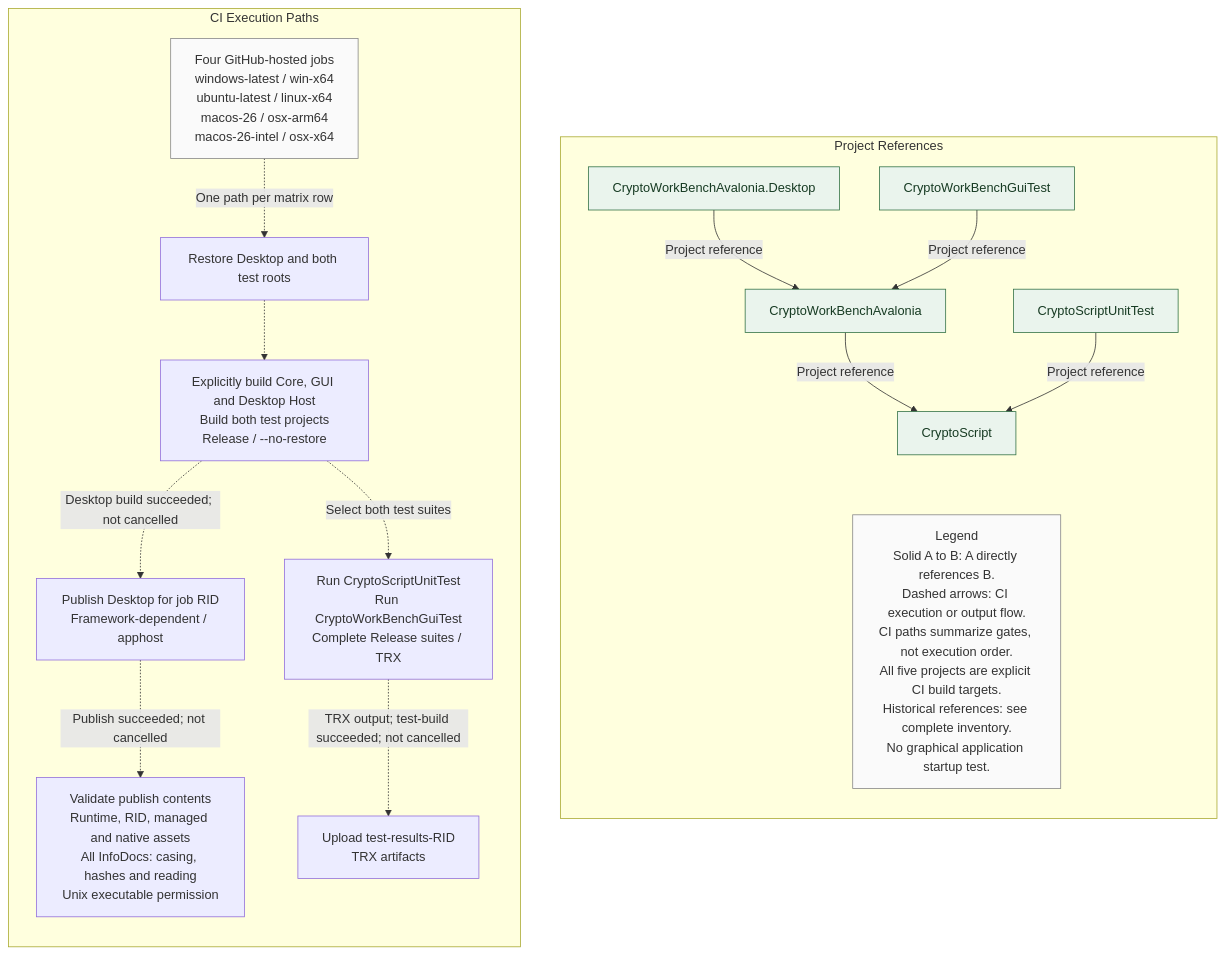
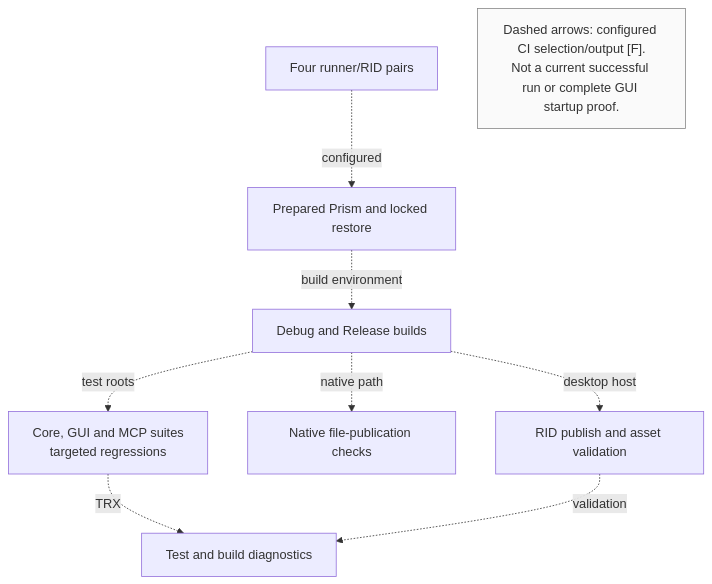
The diagram in docs/architecture/diagrams/03-build-and-test-dependency-coverage.mmd (tkbss/CryptoWorkBench), drawn with Mermaid before and after one commit. The commit also changed 57 other files, not shown here.

Commit message:
docs(architecture): reconcile bilingual architecture chapters 1-4

```diff
--- a/docs/architecture/diagrams/03-build-and-test-dependency-coverage.mmd
+++ b/docs/architecture/diagrams/03-build-and-test-dependency-coverage.mmd
@@ -1,44 +1,20 @@
-%% Diagram: D03-COVERAGE
-%% Baseline: efa81d6ca282ad7a2b8959d0f406f741c87006b0
-%% Evidence: ../evidence/03-project-structure-and-dependencies-baseline.md, C04, C09, C10 and D03-COVERAGE
-%% Scope authority: ../evidence/02-system-overview-baseline.md, O05
-%% Historical client and associated edges are omitted; Chapter 3 Section 3.4 preserves the complete graph.
-%% Solid arrows: direct ProjectReference; dashed arrows: CI execution/output flow.
-%% Invisible links position panels and legend only; they are not architectural relationships.
-flowchart LR
-    subgraph CI["CI Execution Paths"]
-        direction TB
-        Matrix["Four GitHub-hosted jobs<br/>windows-latest / win-x64<br/>ubuntu-latest / linux-x64<br/>macos-26 / osx-arm64<br/>macos-26-intel / osx-x64"]
-        Restore["Restore Desktop and both test roots"]
-        Build["Explicitly build Core, GUI and Desktop Host<br/>Build both test projects<br/>Release / --no-restore"]
-        Tests["Run CryptoScriptUnitTest<br/>Run CryptoWorkBenchGuiTest<br/>Complete Release suites / TRX"]
-        Publish["Publish Desktop for job RID<br/>Framework-dependent / apphost"]
-        Validate["Validate publish contents<br/>Runtime, RID, managed and native assets<br/>All InfoDocs: casing, hashes and reading<br/>Unix executable permission"]
-        Results["Upload test-results-RID<br/>TRX artifacts"]
-        Matrix -.->|One path per matrix row| Restore
-        Restore -.-> Build
-        Build -.->|Select both test suites| Tests
-        Build -.->|Desktop build succeeded; not cancelled| Publish
-        Publish -.->|Publish succeeded; not cancelled| Validate
-        Tests -.->|TRX output; test-build succeeded; not cancelled| Results
-    end
-
-    subgraph References["Project References"]
-        direction TB
-        Desktop["CryptoWorkBenchAvalonia.Desktop"]
-        Gui["CryptoWorkBenchAvalonia"]
-        Core["CryptoScript"]
-        Unit["CryptoScriptUnitTest"]
-        GuiTests["CryptoWorkBenchGuiTest"]
-        Desktop -->|Project reference| Gui
-        Gui -->|Project reference| Core
-        Unit -->|Project reference| Core
-        GuiTests -->|Project reference| Gui
-        Legend["Legend<br/>Solid A to B: A directly references B.<br/>Dashed arrows: CI execution or output flow.<br/>CI paths summarize gates, not execution order.<br/>All five projects are explicit CI build targets.<br/>Historical references: see complete inventory.<br/>No graphical application startup test."]
-        Core ~~~ Legend
-    end
-    CI ~~~ References
+%% AR-01; baseline fbbadae2f68b015ccedfea92ce8bba4cd7737ecb; evidence R01-R16
+%% Diagram identity 03-build-and-test-dependency-coverage.mmd
+flowchart TB
+    CI["Four runner/RID pairs"]
+    Prepare["Prepared Prism and locked restore"]
+    Build["Debug and Release builds"]
+    Tests["Core, GUI and MCP suites<br/>targeted regressions"]
+    Native["Native file-publication checks"]
+    Publish["RID publish and asset validation"]
+    Reports["Test and build diagnostics"]
+    CI -.->|"configured"| Prepare
+    Prepare -.->|"build environment"| Build
+    Build -.->|"test roots"| Tests
+    Build -.->|"native path"| Native
+    Build -.->|"desktop host"| Publish
+    Tests -.->|"TRX"| Reports
+    Publish -.->|"validation"| Reports
+    Legend["Dashed arrows: configured CI selection/output [F].<br/>Not a current successful run or complete GUI startup proof."]
     classDef note fill:#fafafa,stroke:#888888,color:#333333
-    classDef project fill:#eaf4ed,stroke:#357348,color:#173b23
-    class Matrix,Legend note
-    class Desktop,Gui,Core,Unit,GuiTests project
+    class Legend note
```
